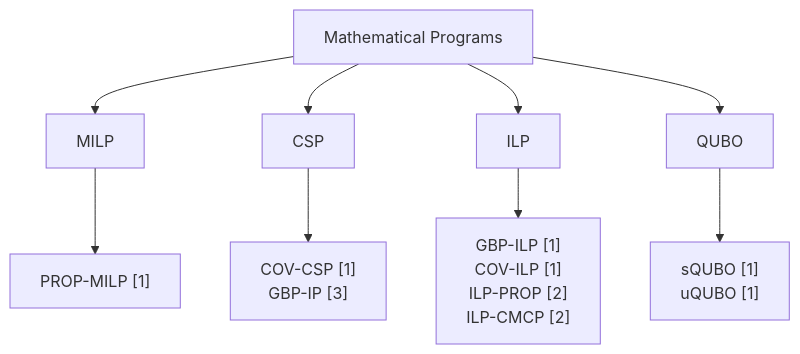
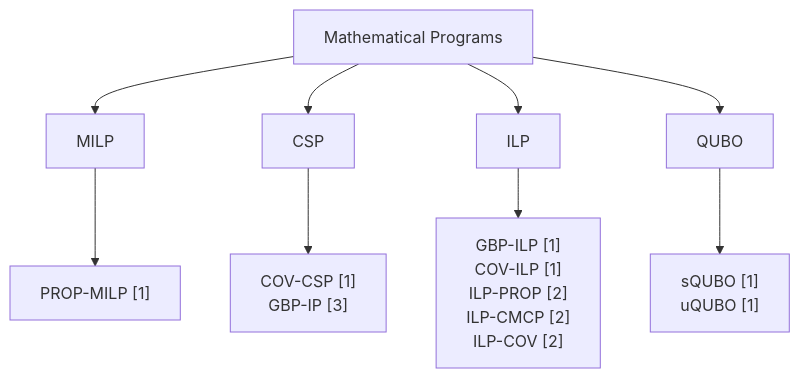
The diagram in README.md (NodesOnFire/GBP-MPs), drawn with Mermaid before and after one commit.

````diff
--- a/README.md
+++ b/README.md
@@ -4,16 +4,17 @@
 ```mermaid
 graph TD;
     MP["Mathematical Programs"] --> MILP;
     MP["Mathematical Programs"] --> CSP;
     MP["Mathematical Programs"] --> ILP;
     MP["Mathematical Programs"] --> QUBO;
     MILP --> a["PROP-MILP [1]"];
     CSP --> b["COV-CSP [1]
                GBP-IP [3]"];
     ILP --> c["GBP-ILP [1]
                COV-ILP [1]
                ILP-PROP [2]
-               ILP-CMCP [2]"];
+               ILP-CMCP [2]
+               ILP-COV [2]"];
     QUBO --> d["sQUBO [1]
                 uQUBO [1]"];
 ```
````
